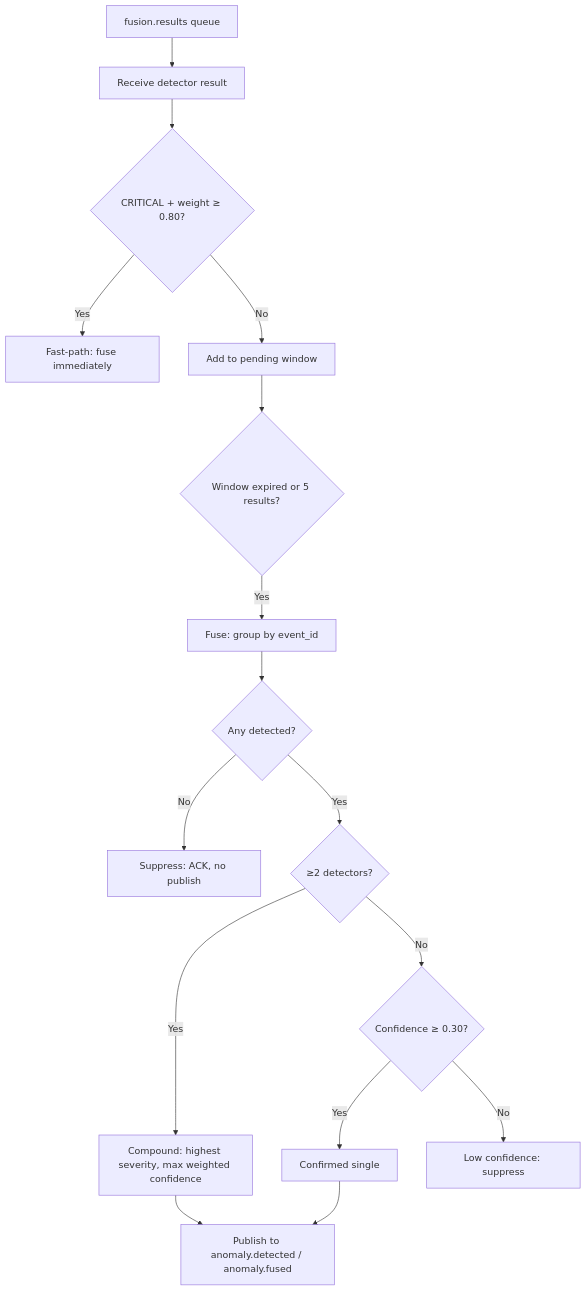
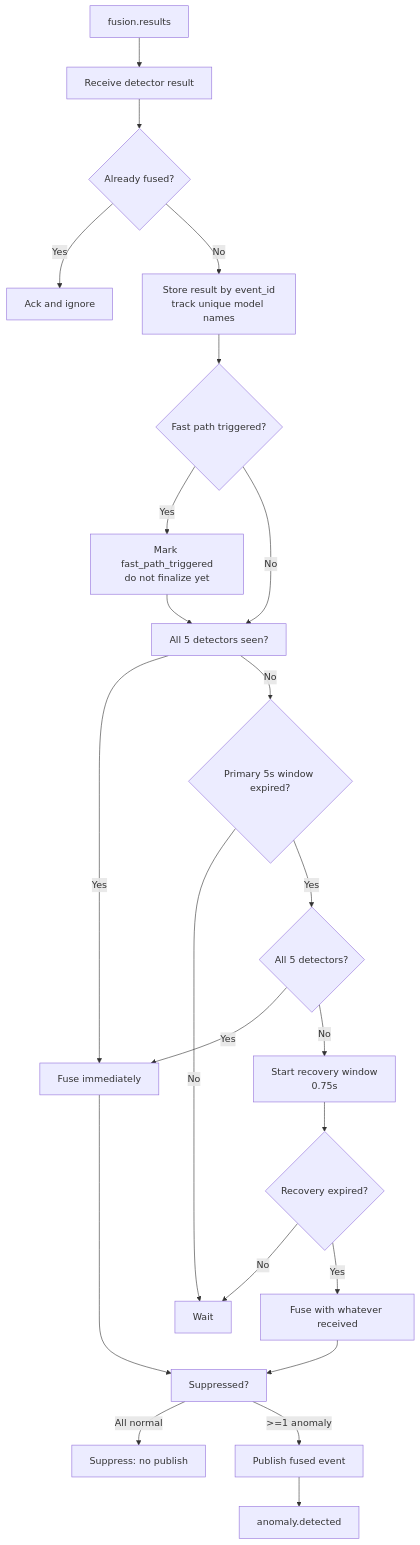
One commit to Spectre206/fyp-pipeline changed diagram 11 of 12 in layer1/docs/layer1_component_log.md. Above: the diagram before and after it, drawn with Mermaid. The commit also changed other lines of this file and 2 other files, not shown here.

````diff
--- a/layer1/docs/layer1_component_log.md
+++ b/layer1/docs/layer1_component_log.md
@@ -371,18 +365,25 @@
 ```mermaid
 flowchart TD
-    A[fusion.results queue] --> B[Receive detector result]
-    B --> C{CRITICAL + weight ≥ 0.80?}
-    C -- Yes --> D[Fast-path: fuse immediately]
-    C -- No --> E[Add to pending window]
-    E --> F{Window expired or 5 results?}
-    F -- Yes --> G[Fuse: group by event_id]
-    G --> H{Any detected?}
-    H -- No --> I[Suppress: ACK, no publish]
-    H -- Yes --> J{≥2 detectors?}
-    J -- Yes --> K[Compound: highest severity, max weighted confidence]
-    J -- No --> L{Confidence ≥ 0.30?}
-    L -- Yes --> M[Confirmed single]
-    L -- No --> N[Low confidence: suppress]
-    K --> O[Publish to anomaly.detected / anomaly.fused]
-    M --> O
+    A[fusion.results] --> B[Receive detector result]
+    B --> C{Already fused?}
+    C -- Yes --> D[Ack and ignore]
+    C -- No --> E[Store result by event_id<br/>track unique model names]
+    E --> F{Fast path triggered?}
+    F -- Yes --> G[Mark fast_path_triggered<br/>do not finalize yet]
+    F -- No --> H[All 5 detectors seen?]
+    G --> H
+    H -- Yes --> I[Fuse immediately]
+    H -- No --> J{Primary 5s window expired?}
+    J -- No --> K[Wait]
+    J -- Yes --> L{All 5 detectors?}
+    L -- Yes --> I
+    L -- No --> M[Start recovery window<br/>0.75s]
+    M --> N{Recovery expired?}
+    N -- No --> K
+    N -- Yes --> O[Fuse with whatever received]
+    I --> P[Suppressed?]
+    O --> P
+    P -- All normal --> Q[Suppress: no publish]
+    P -- >=1 anomaly --> R[Publish fused event]
+    R --> S[anomaly.detected]
 ```
````
